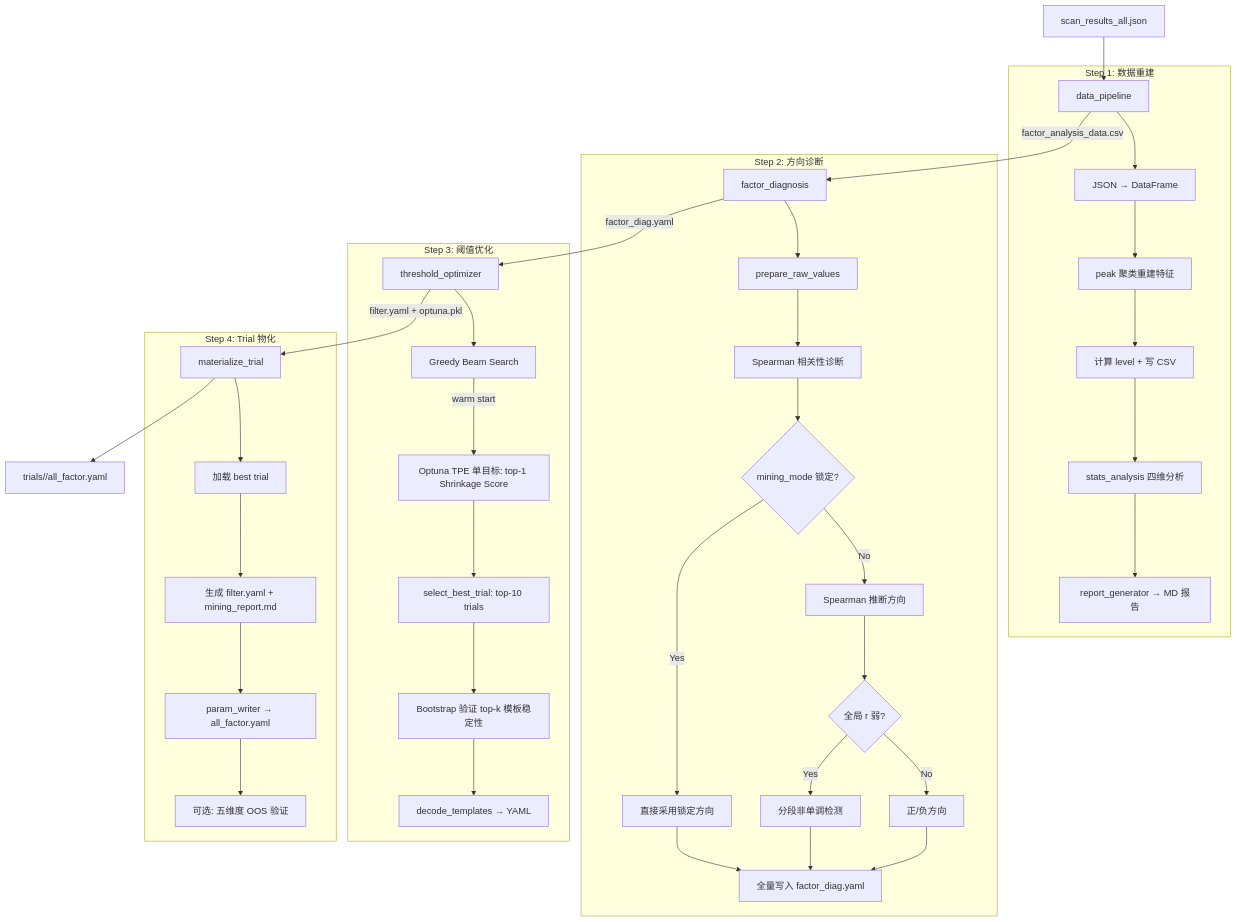
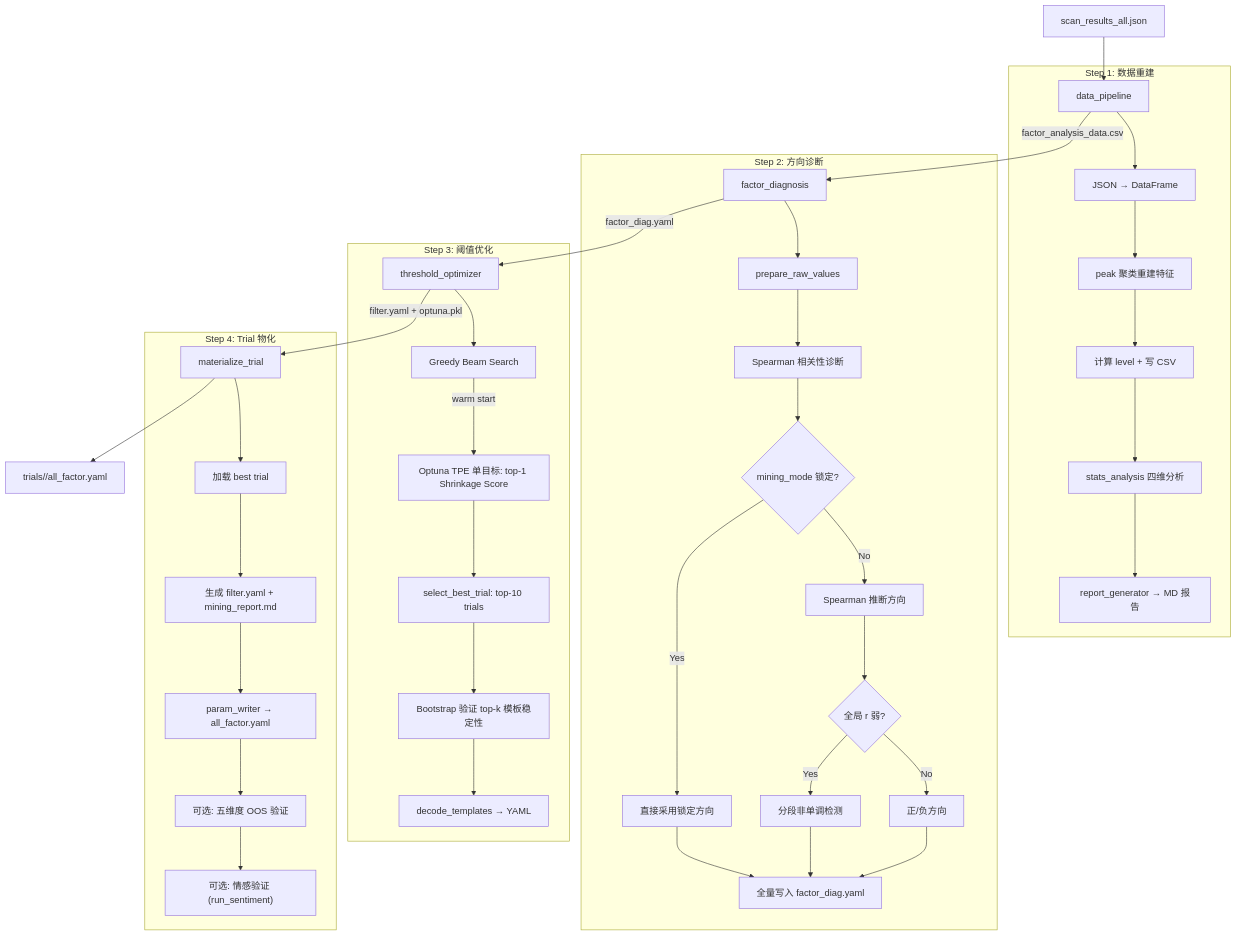
Before and after one commit to ufgtb24/Trade_Strategy: the diagram in .claude/docs/modules/数据挖掘模块.md, drawn with Mermaid. The commit also changed other lines of this file and 34 other files, not shown here.

````diff
--- a/.claude/docs/modules/数据挖掘模块.md
+++ b/.claude/docs/modules/数据挖掘模块.md
@@ -12,43 +12,44 @@
 ```mermaid
 flowchart TD
     A[scan_results_all.json] --> B[data_pipeline]
     B -->|factor_analysis_data.csv| C[factor_diagnosis]
     C -->|factor_diag.yaml| D[threshold_optimizer]
     D -->|filter.yaml + optuna.pkl| E[materialize_trial]
     E --> F["trials/<id>/all_factor.yaml"]
 
     subgraph Step1 [Step 1: 数据重建]
         B --> B1[JSON → DataFrame]
         B1 --> B2[peak 聚类重建特征]
         B2 --> B3[计算 level + 写 CSV]
         B3 --> B4[stats_analysis 四维分析]
         B4 --> B5[report_generator → MD 报告]
     end
 
     subgraph Step2 [Step 2: 方向诊断]
         C --> C1[prepare_raw_values]
         C1 --> C2[Spearman 相关性诊断]
         C2 --> C3{mining_mode 锁定?}
         C3 -->|Yes| C4[直接采用锁定方向]
         C3 -->|No| C5[Spearman 推断方向]
         C5 --> C6{全局 r 弱?}
         C6 -->|Yes| C7[分段非单调检测]
         C6 -->|No| C8[正/负方向]
         C4 & C7 & C8 --> C9[全量写入 factor_diag.yaml]
     end
 
     subgraph Step3 [Step 3: 阈值优化]
         D --> D1[Greedy Beam Search]
         D1 -->|warm start| D2[Optuna TPE 单目标: top-1 Shrinkage Score]
         D2 --> D3[select_best_trial: top-10 trials]
         D3 --> D4[Bootstrap 验证 top-k 模板稳定性]
         D4 --> D5[decode_templates → YAML]
     end
 
     subgraph Step4 [Step 4: Trial 物化]
         E --> E1[加载 best trial]
         E1 --> E2[生成 filter.yaml + mining_report.md]
         E2 --> E3["param_writer → all_factor.yaml"]
         E3 --> E4["可选: 五维度 OOS 验证"]
+        E4 --> E5["可选: 情感验证 (run_sentiment)"]
     end
 ```
````
